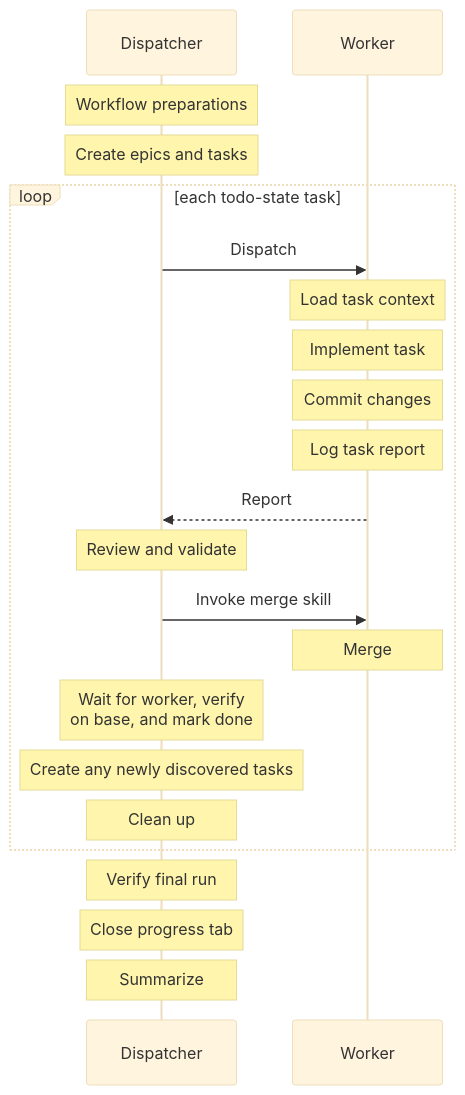
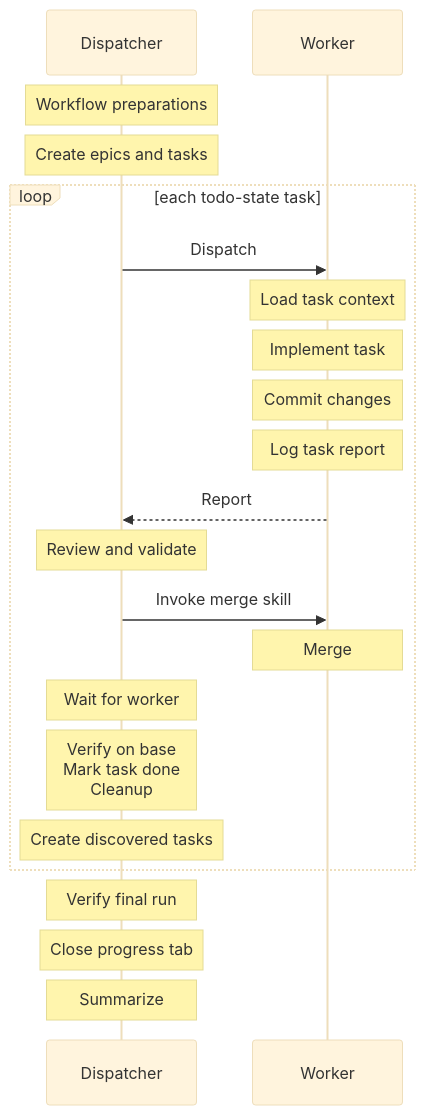
The diagram in agents/SKILL.md (kenbanks-peng/skills), drawn with Mermaid (base theme) before and after one commit.

````diff
--- a/agents/SKILL.md
+++ b/agents/SKILL.md
@@ -10,25 +10,25 @@
 ```mermaid
 sequenceDiagram
     participant Dispatcher
     participant Worker
 
     Note over Dispatcher: Workflow preparations
     Note over Dispatcher: Create epics and tasks
     loop each todo-state task
         Dispatcher->>Worker: Dispatch
         Note over Worker: Load task context
         Note over Worker: Implement task
         Note over Worker: Commit changes
         Note over Worker: Log task report
         Worker-->>Dispatcher: Report
         Note over Dispatcher: Review and validate
         Dispatcher->>Worker: Invoke merge skill
         Note over Worker: Merge
-        Note over Dispatcher: Wait for worker, verify<br>on base, and mark done
-        Note over Dispatcher: Create any newly discovered tasks
-        Note over Dispatcher: Clean up
+        Note over Dispatcher: Wait for worker
+        Note over Dispatcher: Verify on base<br/>Mark task done<br/>Cleanup
+        Note over Dispatcher: Create discovered tasks
     end
     Note over Dispatcher: Verify final run
     Note over Dispatcher: Close progress tab
     Note over Dispatcher: Summarize
 ```
````
